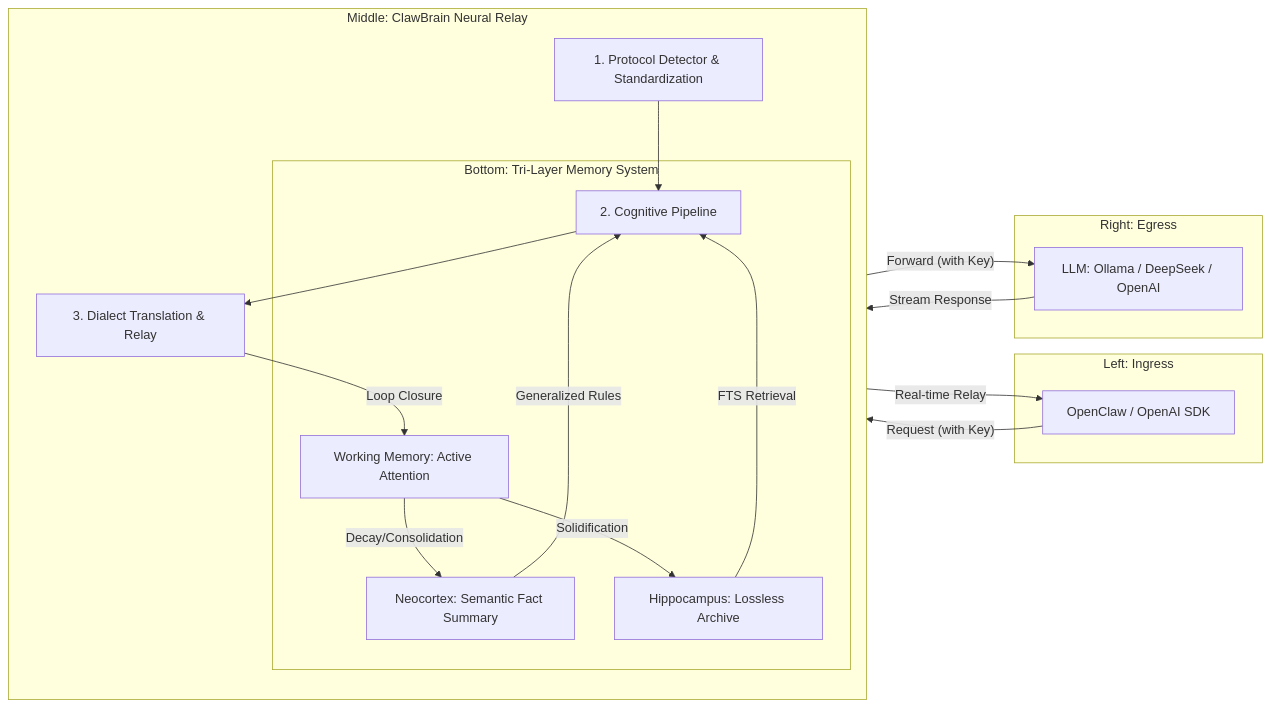
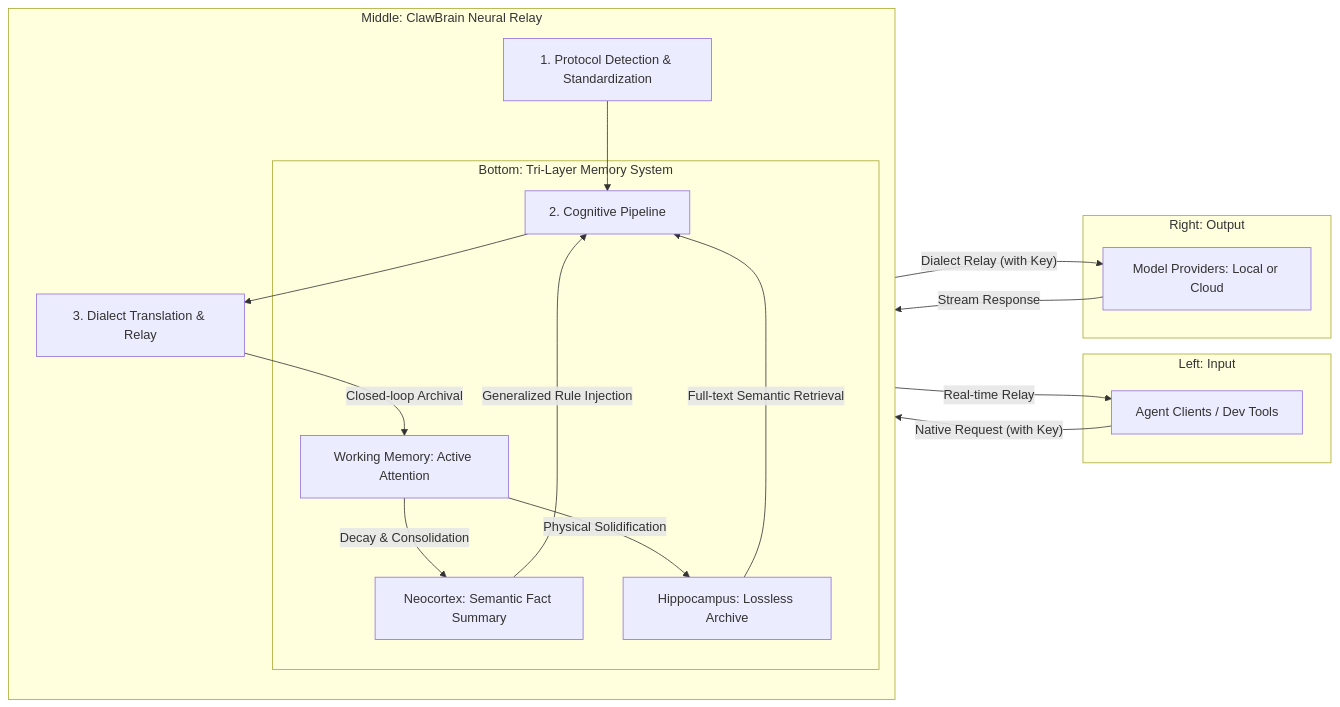
Before and after one commit to winnerineast/ClawBrain: the diagram in README_EN.md, drawn with Mermaid. The commit also changed other lines of this file and 1 other file, not shown here.

````diff
--- a/README_EN.md
+++ b/README_EN.md
@@ -25,39 +25,39 @@
 ```mermaid
 graph LR
-    subgraph Client_Side [Left: Ingress]
-        OC[OpenClaw / OpenAI SDK]
+    subgraph Client_Side [Left: Input]
+        OC[Agent Clients / Dev Tools]
     end
 
     subgraph Relay_Core [Middle: ClawBrain Neural Relay]
         direction TB
-        Ingress[1. Protocol Detector & Standardization]
+        Ingress[1. Protocol Detection & Standardization]
         Process[2. Cognitive Pipeline]
         Egress[3. Dialect Translation & Relay]
         
         subgraph Neural_Engine [Bottom: Tri-Layer Memory System]
             WM[Working Memory: Active Attention]
             NC[Neocortex: Semantic Fact Summary]
             HP[Hippocampus: Lossless Archive]
             
             %% Memory Internal Flow
-            WM -- Decay/Consolidation --> NC
-            WM -- Solidification --> HP
-            NC -- Generalized Rules --> Process
-            HP -- FTS Retrieval --> Process
+            WM -- Decay & Consolidation --> NC
+            WM -- Physical Solidification --> HP
+            NC -- Generalized Rule Injection --> Process
+            HP -- Full-text Semantic Retrieval --> Process
         end
         
         Ingress --> Process
         Process --> Egress
     end
 
-    subgraph Provider_Side [Right: Egress]
-        LLM[LLM: Ollama / DeepSeek / OpenAI]
+    subgraph Provider_Side [Right: Output]
+        LLM[Model Providers: Local or Cloud]
     end
 
     %% Main Flow
-    OC -- "Request (with Key)" --> Ingress
-    Egress -- "Forward (with Key)" --> LLM
+    OC -- "Native Request (with Key)" --> Ingress
+    Egress -- "Dialect Relay (with Key)" --> LLM
     LLM -- "Stream Response" --> Egress
-    Egress -- "Loop Closure" --> WM
+    Egress -- "Closed-loop Archival" --> WM
     Egress -- "Real-time Relay" --> OC
 ```
````
